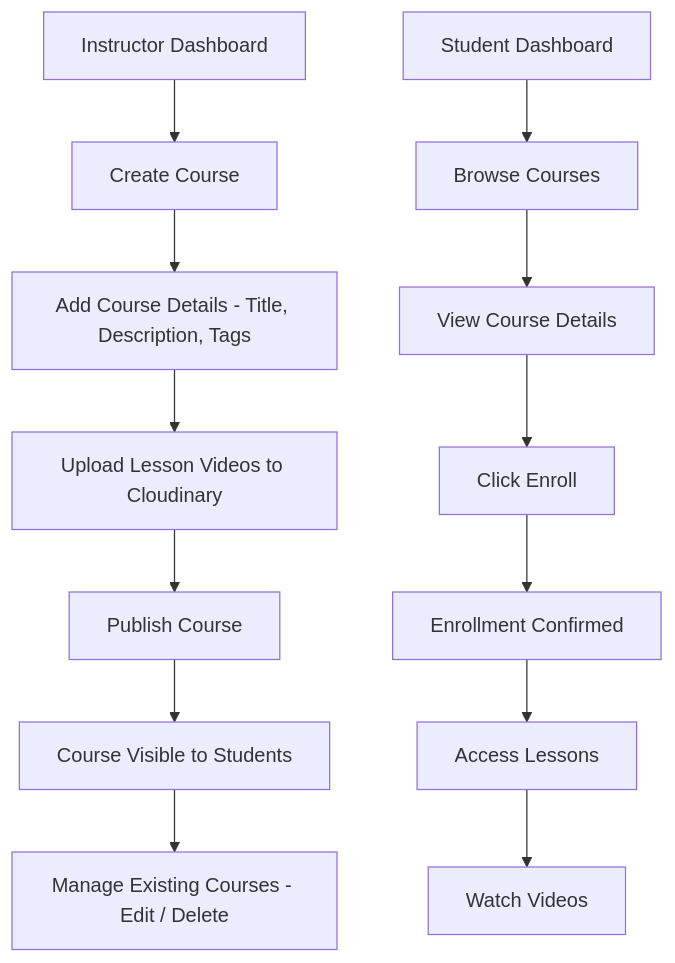
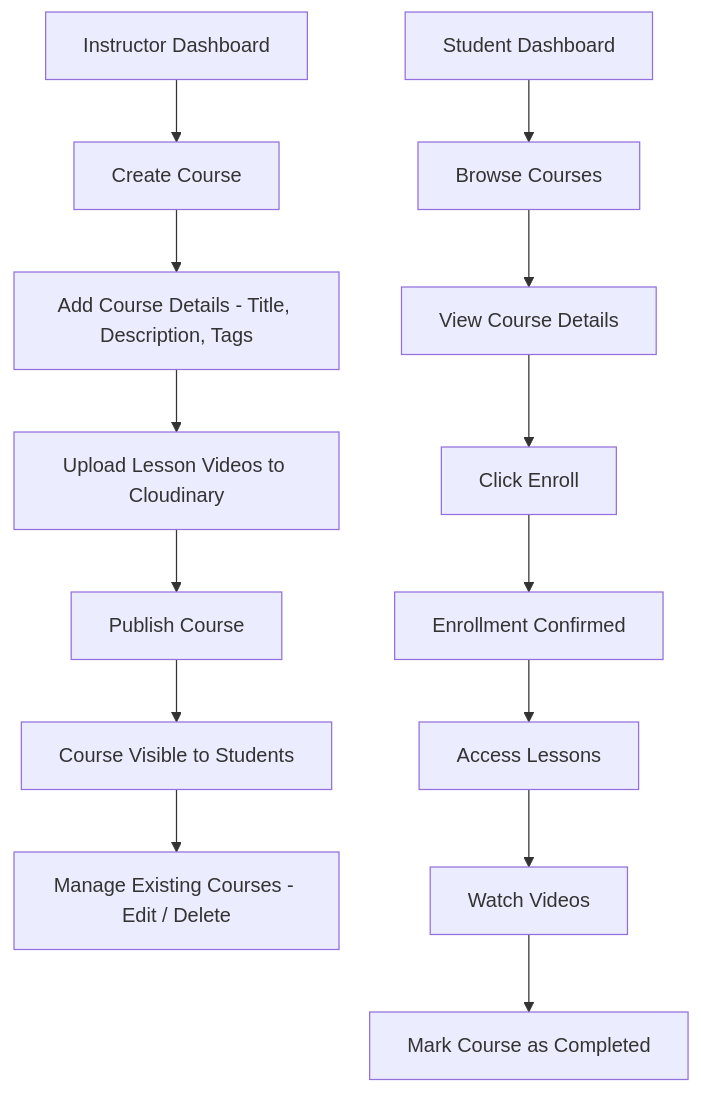
Before and after one commit to divyanshdj/learnx-docs: the fourth of 5 diagrams in docs/functional.md, drawn with Mermaid. The commit also changed other lines of this file and 6 other files, not shown here.

Commit message:
docs: update technical documentation with AWS architecture details

````diff
--- a/docs/functional.md
+++ b/docs/functional.md
@@ -82,15 +90,16 @@
 ```mermaid
 flowchart TD
     A[Instructor Dashboard] --> B[Create Course]
     B --> C[Add Course Details - Title, Description, Tags]
     C --> D[Upload Lesson Videos to Cloudinary]
     D --> E[Publish Course]
     E --> F[Course Visible to Students]
     F --> G[Manage Existing Courses - Edit / Delete]
     I[Student Dashboard] --> J[Browse Courses]
     J --> K[View Course Details]
     K --> L[Click Enroll]
     L --> M[Enrollment Confirmed]
     M --> N[Access Lessons]
     N --> O[Watch Videos]
+    O --> P[Mark Course as Completed]
 ```
````
